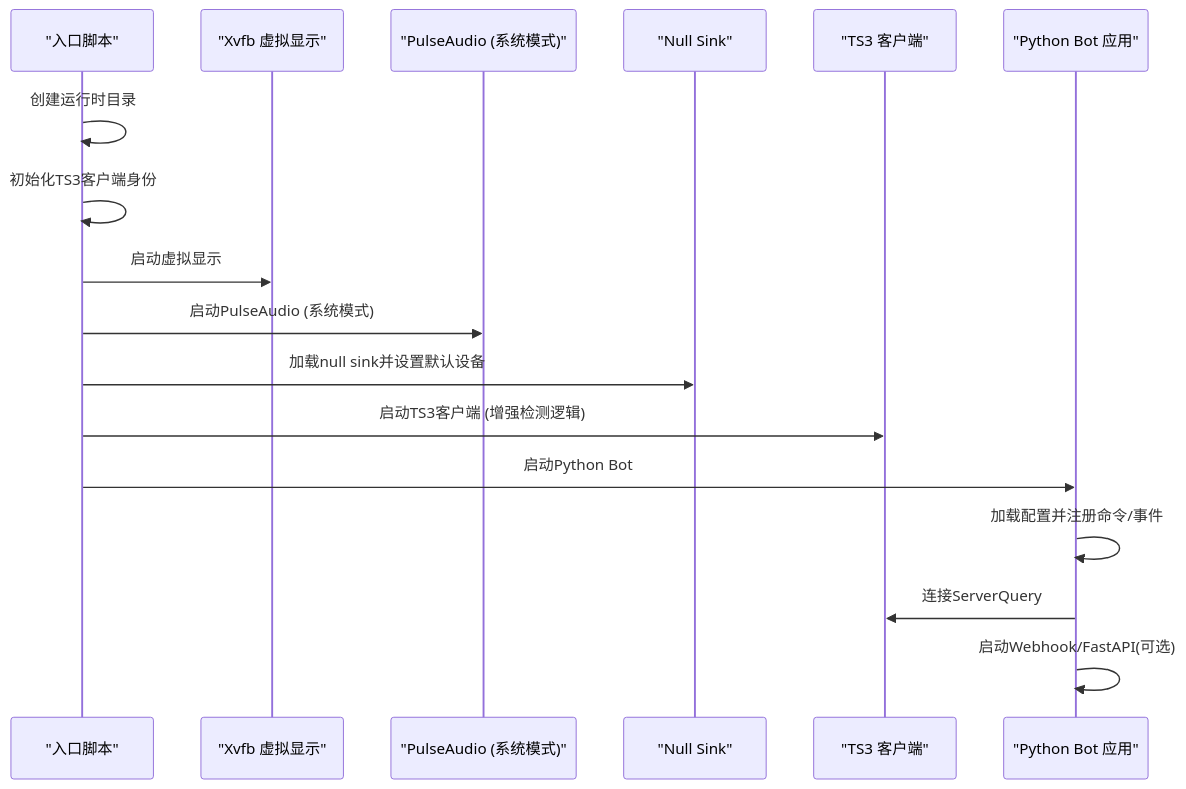
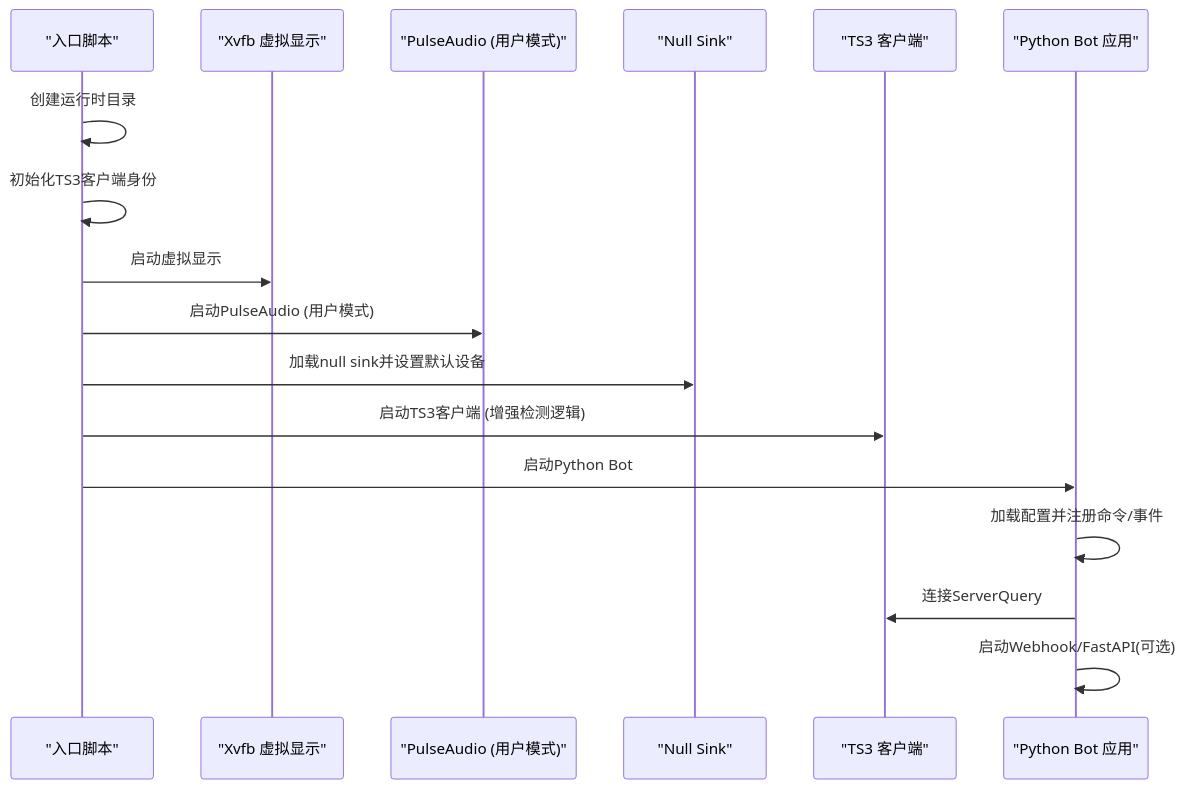
The second of 3 diagrams in .qoder/repowiki/zh/content/部署和运维/Docker容器化部署.md (GhoulOwl/Teamspeak3_Bot), drawn with Mermaid before and after one commit. The commit also changed other lines of this file and 4 other files, not shown here.

````diff
--- a/.qoder/repowiki/zh/content/部署和运维/Docker容器化部署.md
+++ b/.qoder/repowiki/zh/content/部署和运维/Docker容器化部署.md
@@ -108,19 +108,19 @@
 ```mermaid
 sequenceDiagram
 participant Entrypoint as "入口脚本"
 participant Xvfb as "Xvfb 虚拟显示"
-participant Pulse as "PulseAudio (系统模式)"
+participant Pulse as "PulseAudio (用户模式)"
 participant NullSink as "Null Sink"
 participant TS3 as "TS3 客户端"
 participant Bot as "Python Bot 应用"
 Entrypoint->>Entrypoint : 创建运行时目录
 Entrypoint->>Entrypoint : 初始化TS3客户端身份
 Entrypoint->>Xvfb : 启动虚拟显示
-Entrypoint->>Pulse : 启动PulseAudio (系统模式)
+Entrypoint->>Pulse : 启动PulseAudio (用户模式)
 Entrypoint->>NullSink : 加载null sink并设置默认设备
 Entrypoint->>TS3 : 启动TS3客户端 (增强检测逻辑)
 Entrypoint->>Bot : 启动Python Bot
 Bot->>Bot : 加载配置并注册命令/事件
 Bot->>TS3 : 连接ServerQuery
 Bot->>Bot : 启动Webhook/FastAPI(可选)
 ```
````
